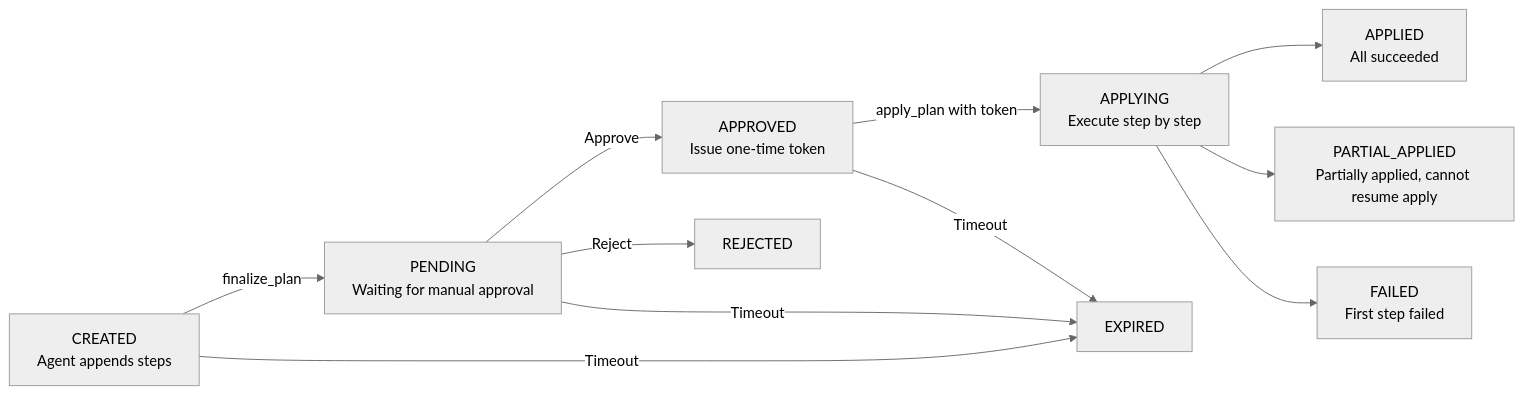
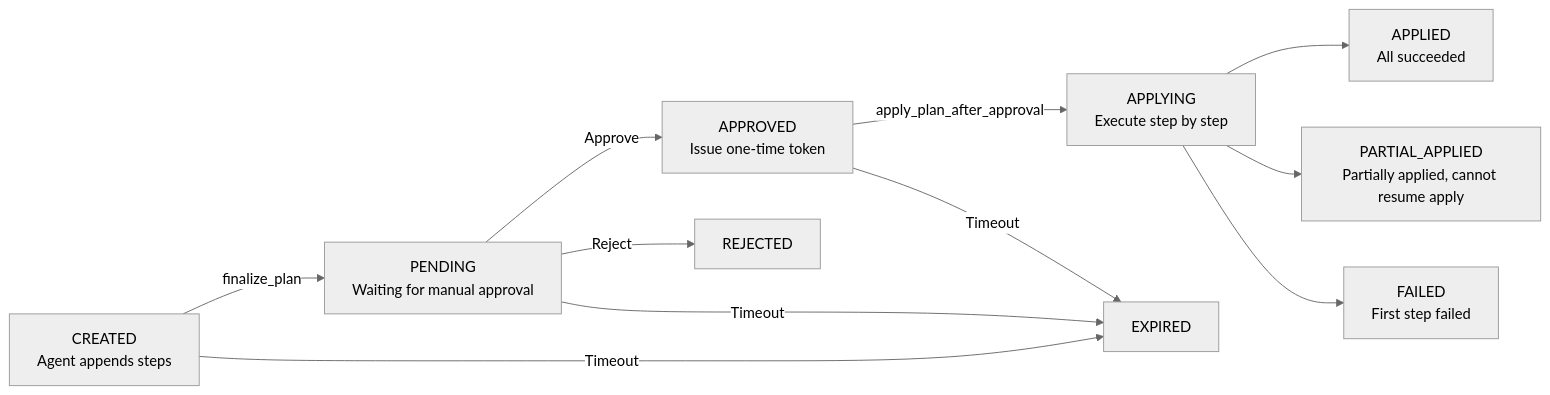
Before and after one commit to eip-work/kuboard-press: the diagram in docs/en/mcp/approval-flow.md, drawn with Mermaid (neutral theme). The commit also changed other lines of this file and 27 other files, not shown here.

````diff
--- a/docs/en/mcp/approval-flow.md
+++ b/docs/en/mcp/approval-flow.md
@@ -15,13 +15,13 @@
 ```mermaid
 flowchart LR
     A["CREATED<br/>Agent appends steps"] -->|finalize_plan| B["PENDING<br/>Waiting for manual approval"]
     B -->|Approve| C["APPROVED<br/>Issue one-time token"]
-    C -->|apply_plan with token| D["APPLYING<br/>Execute step by step"]
+    C -->|apply_plan_after_approval| D["APPLYING<br/>Execute step by step"]
     D --> E["APPLIED<br/>All succeeded"]
     D --> F["PARTIAL_APPLIED<br/>Partially applied, cannot resume apply"]
     D --> G["FAILED<br/>First step failed"]
     B -->|Reject| H["REJECTED"]
     A -->|Timeout| I["EXPIRED"]
     B -->|Timeout| I
     C -->|Timeout| I
 ```
````
